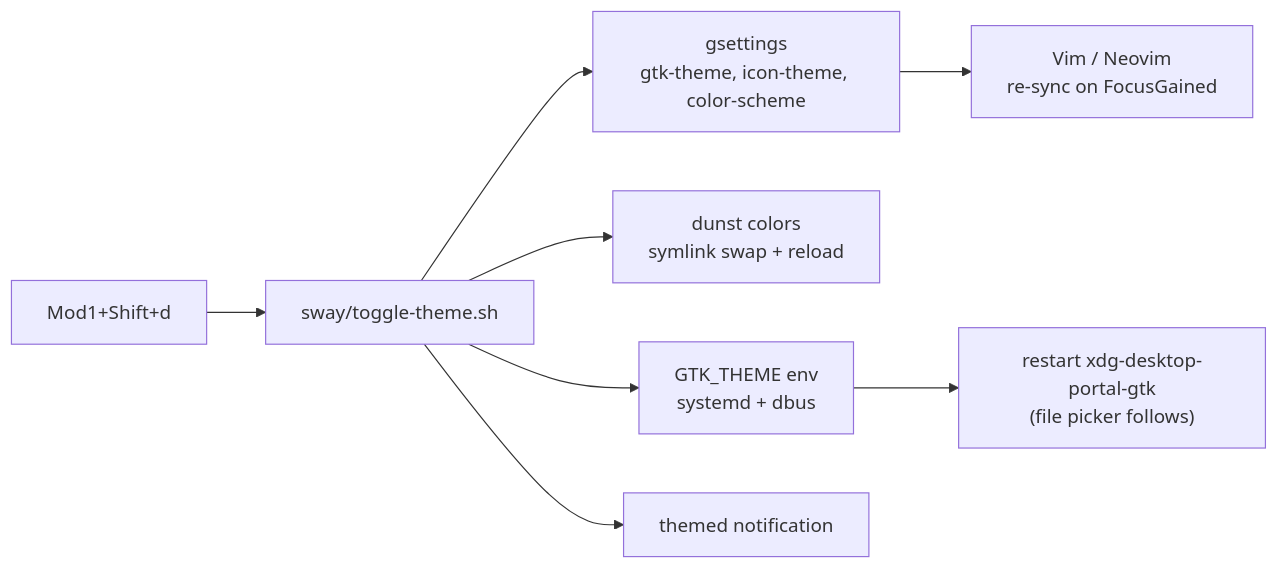
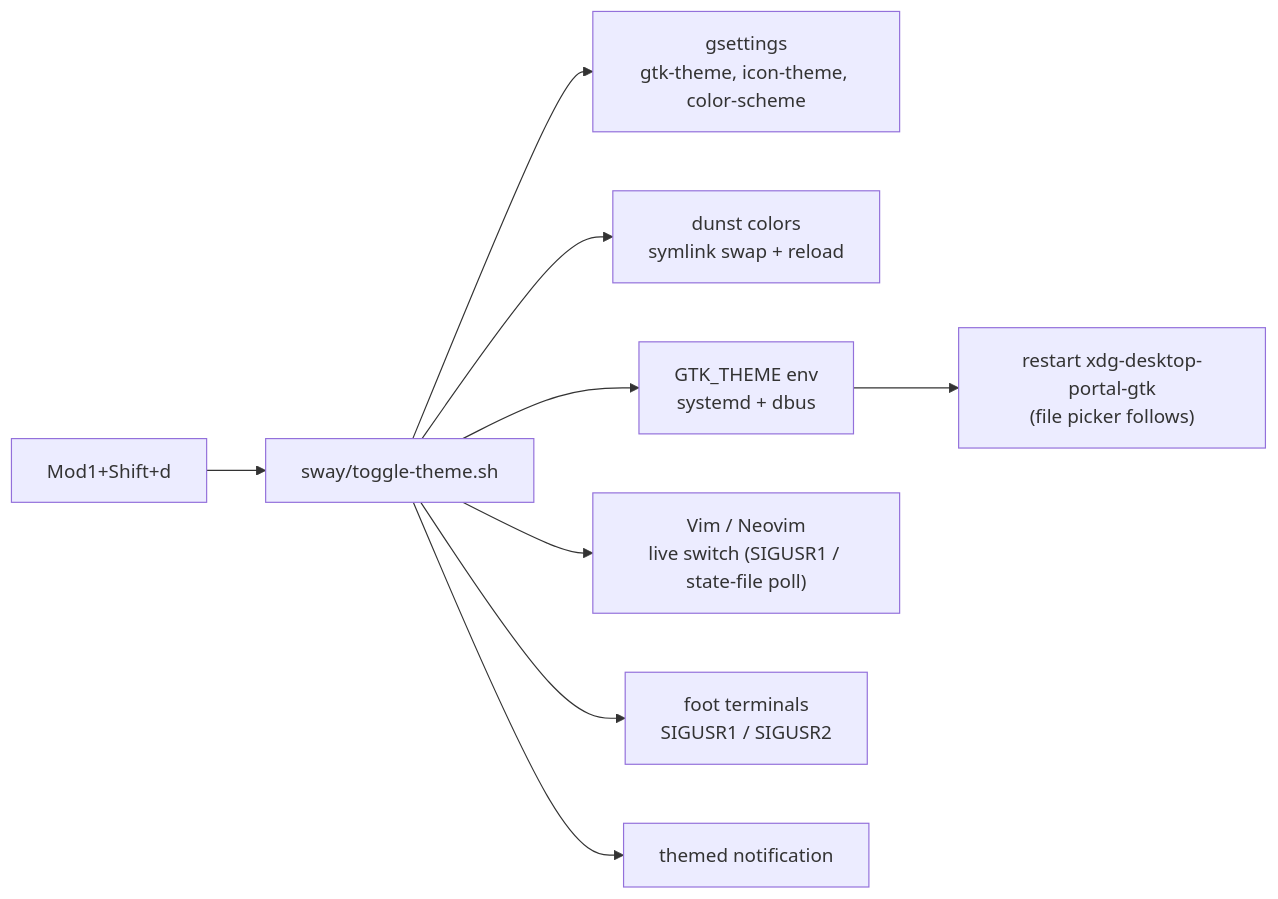
One commit to Darren-Haynes/dotfiles changed the second of 2 diagrams in README.md. Above: the diagram before and after it, drawn with Mermaid. The commit also changed 3 other files, not shown here.

First line of the commit message:
vim/nvim: follow the light/dark theme toggle live

````diff
--- a/README.md
+++ b/README.md
@@ -49,10 +49,11 @@
 ```mermaid
 flowchart LR
     K[Mod1+Shift+d] --> T[sway/toggle-theme.sh]
     T --> G["gsettings<br/>gtk-theme, icon-theme, color-scheme"]
     T --> D["dunst colors<br/>symlink swap + reload"]
     T --> E["GTK_THEME env<br/>systemd + dbus"]
     E --> P["restart xdg-desktop-portal-gtk<br/>(file picker follows)"]
-    G --> V["Vim / Neovim<br/>re-sync on FocusGained"]
+    T --> V["Vim / Neovim<br/>live switch (SIGUSR1 / state-file poll)"]
+    T --> F["foot terminals<br/>SIGUSR1 / SIGUSR2"]
     T --> N["themed notification"]
 ```
````
